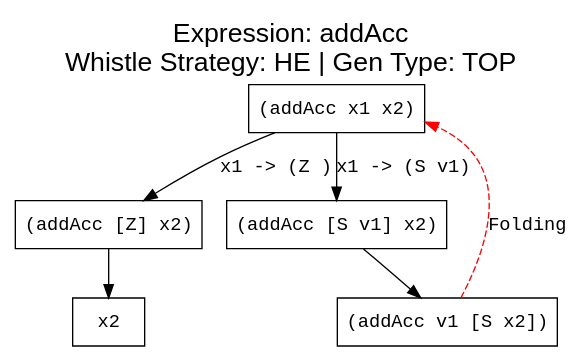
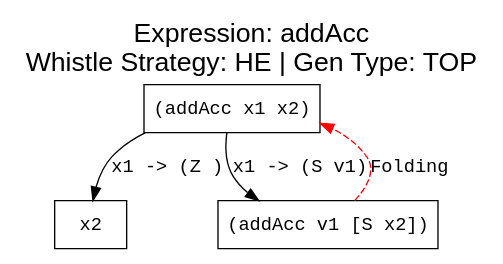
Before and after one commit to makezh/coursework_supercompiler: the diagram in output/test2_addAcc/he.dot, drawn with Graphviz. The commit also changed 38 other files, not shown here.

```diff
--- a/output/test2_addAcc/he.dot
+++ b/output/test2_addAcc/he.dot
@@ -1,19 +1,15 @@
 digraph ProcessTree {
   label="Expression: addAcc\nWhistle Strategy: HE | Gen Type: TOP";
   labelloc="t";
   fontsize=20;
   fontname="Arial";
 
     node [fontname="Courier New"];
     edge [fontname="Courier New"];
     n0 [label="(addAcc x1 x2)", shape=box];
     n0 -> n1 [label="x1 -> (Z )"];
     n0 -> n2 [label="x1 -> (S v1)"];
-    n1 [label="(addAcc [Z] x2)", shape=box];
-    n1 -> n3 [label=""];
-    n2 [label="(addAcc [S v1] x2)", shape=box];
-    n2 -> n4 [label=""];
-    n3 [label="x2", shape=box];
-    n4 [label="(addAcc v1 [S x2])", shape=box];
-    n4 -> n0 [style=dashed, color=red, label="Folding"];
+    n1 [label="x2", shape=box];
+    n2 [label="(addAcc v1 [S x2])", shape=box];
+    n2 -> n0 [style=dashed, color=red, label="Folding"];
 }
```
